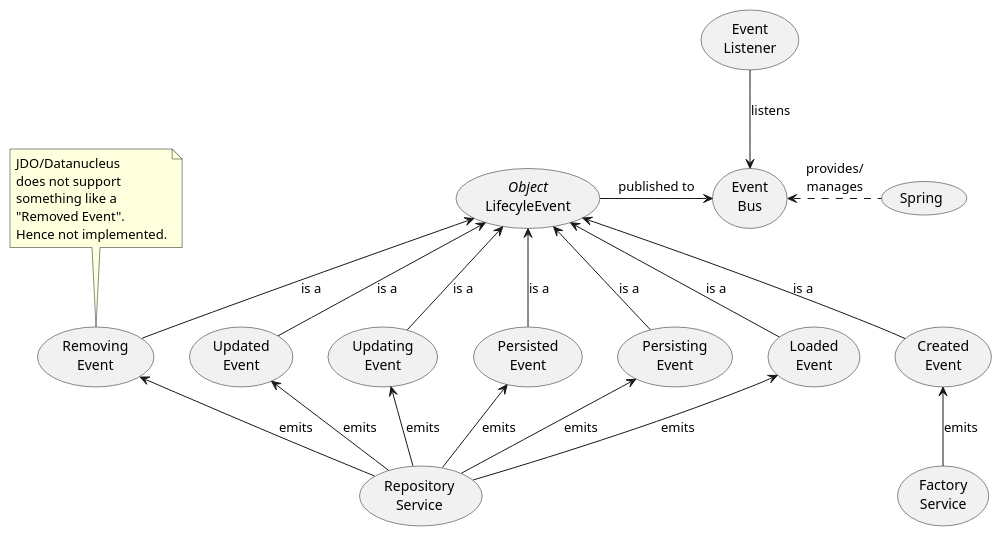
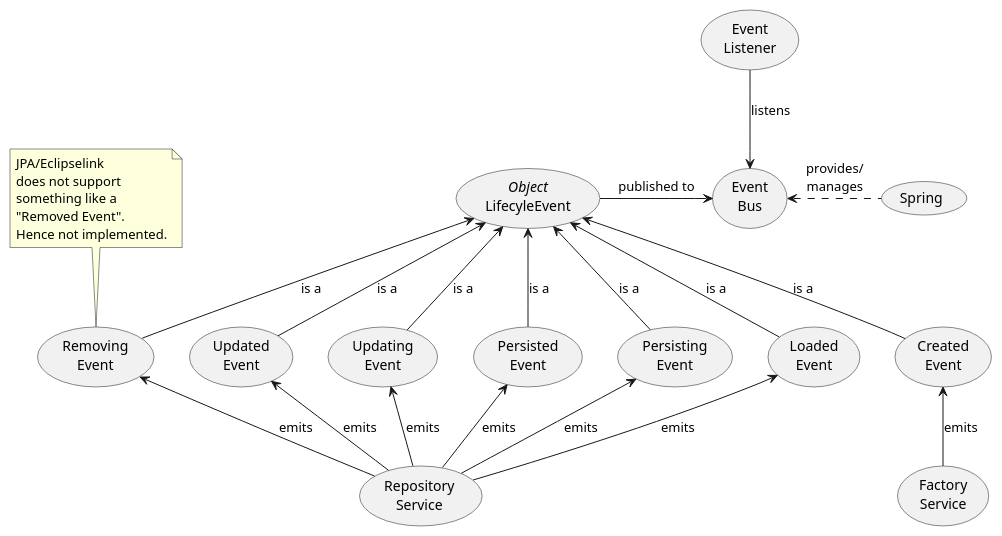
The third of 3 diagrams in core/metamodel/src/main/adoc/modules/metamodel/pages/events.adoc (apache/causeway), drawn with PlantUML before and after one commit. The commit also changed 49 other files, not shown here.

```diff
--- a/core/metamodel/src/main/adoc/modules/metamodel/pages/events.adoc
+++ b/core/metamodel/src/main/adoc/modules/metamodel/pages/events.adoc
@@ -148,50 +148,50 @@
 [plantuml,file="eventbus_persistence.png"]
 ----
 @startuml
 
 (Event\nBus) as EB
 (Spring) as SPRING
 SPRING .l.> EB : provides/\nmanages
 (Event\nListener) as EL
 EL --> EB : listens
 
 (<i>Object</i>\nLifecyleEvent) as LCE
 LCE -> EB : published to
 (Created\nEvent) as C
 C -u-> LCE : is a
 (Loaded\nEvent) as L
 L -u-> LCE : is a
 
 (Persisting\nEvent) as PNG
 PNG -u-> LCE : is a
 (Persisted\nEvent) as PED
 PED -u-> LCE : is a
 
 (Updating\nEvent) as UNG
 UNG -u-> LCE : is a
 (Updated\nEvent) as UED
 UED -u-> LCE : is a
 
 (Removing\nEvent) as RNG
 RNG -u-> LCE : is a
 
 (Factory\nService) as FS
 FS -u-> C :emits
 (Repository\nService) as RS
 RS -u-> L :emits
 RS -u-> PNG :emits
 RS -u-> PED :emits
 RS -u-> UNG :emits
 RS -u-> UED :emits
 RS -u-> RNG :emits
 
 note top of RNG
-JDO/Datanucleus
+JPA/Eclipselink
 does not support
 something like a
 "Removed Event".
 Hence not implemented.
 end note
 
 @enduml
 ----
```
